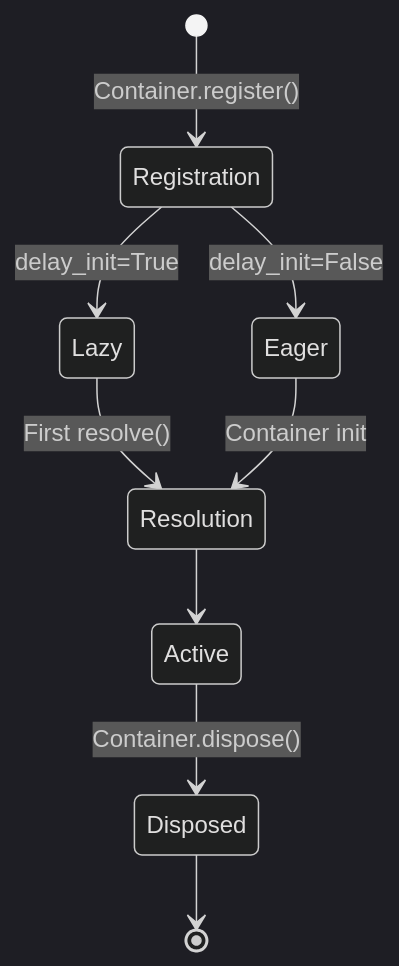
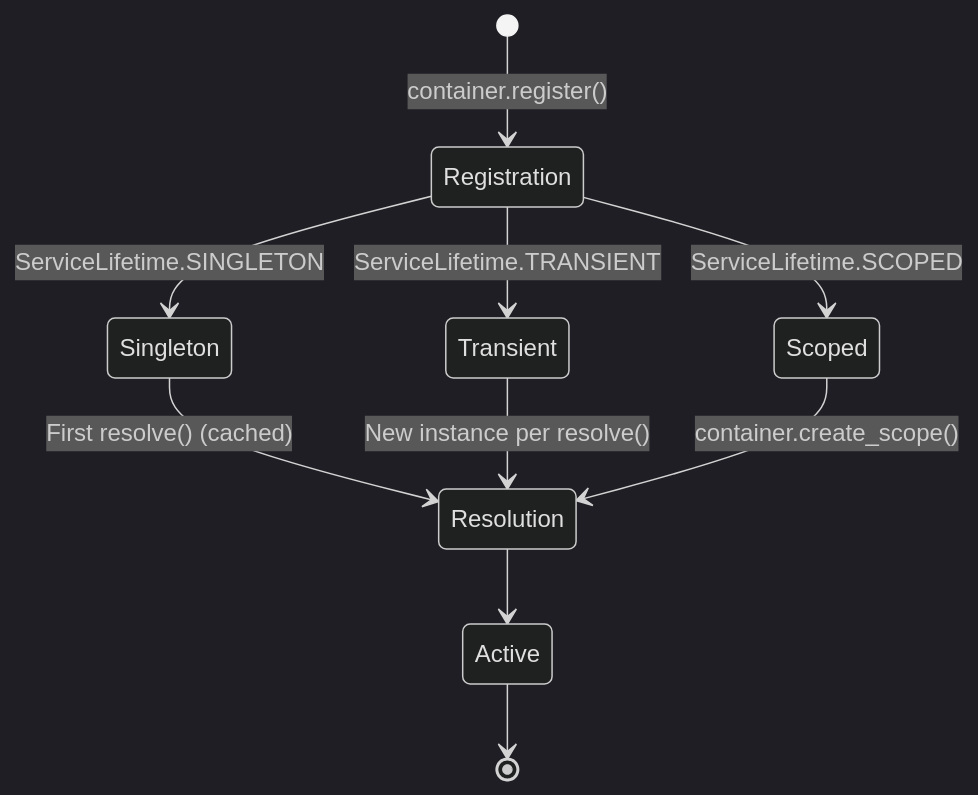
The second of 3 diagrams in mkdocs-site/docs/architecture/overview.md (baselithcore/plugin-baselithbot), drawn with Mermaid (dark theme) before and after one commit. The commit also changed other lines of this file and 68 other files, not shown here.

````diff
--- a/mkdocs-site/docs/architecture/overview.md
+++ b/mkdocs-site/docs/architecture/overview.md
@@ -173,11 +185,12 @@
 ```mermaid
 stateDiagram-v2
-    [*] --> Registration: Container.register()
-    Registration --> Lazy: delay_init=True
-    Registration --> Eager: delay_init=False
-    Lazy --> Resolution: First resolve()
-    Eager --> Resolution: Container init
+    [*] --> Registration: container.register()
+    Registration --> Singleton: ServiceLifetime.SINGLETON
+    Registration --> Transient: ServiceLifetime.TRANSIENT
+    Registration --> Scoped: ServiceLifetime.SCOPED
+    Singleton --> Resolution: First resolve() (cached)
+    Transient --> Resolution: New instance per resolve()
+    Scoped --> Resolution: container.create_scope()
     Resolution --> Active
-    Active --> Disposed: Container.dispose()
-    Disposed --> [*]
+    Active --> [*]
 ```
````
